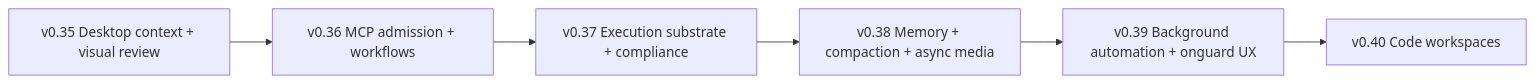
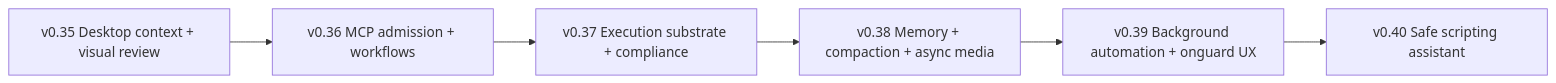
Before and after one commit to marctjones/capabledeputy: the diagram in ROADMAP.md, drawn with Mermaid. The commit also changed other lines of this file and 5 other files, not shown here.

Commit message:
feat: implement v0.40 safe scripting assistant

````diff
--- a/ROADMAP.md
+++ b/ROADMAP.md
@@ -16,10 +17,10 @@
 ```mermaid
 flowchart LR
   v35[v0.35 Desktop context + visual review]
   v36[v0.36 MCP admission + workflows]
   v37[v0.37 Execution substrate + compliance]
   v38[v0.38 Memory + compaction + async media]
   v39[v0.39 Background automation + onguard UX]
-  v40[v0.40 Code workspaces]
+  v40[v0.40 Safe scripting assistant]
   v35 --> v36 --> v37 --> v38 --> v39 --> v40
 ```
````
